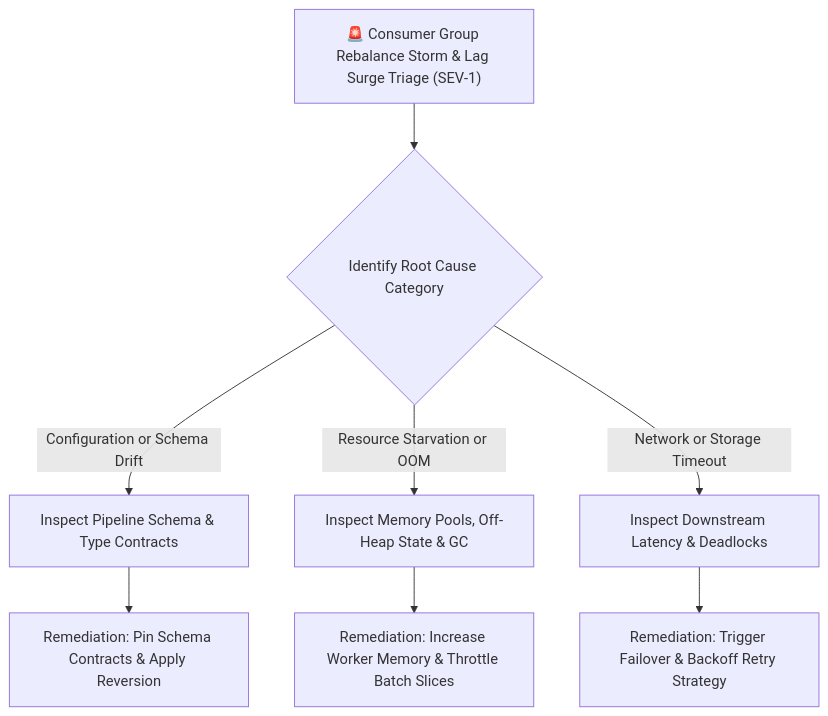
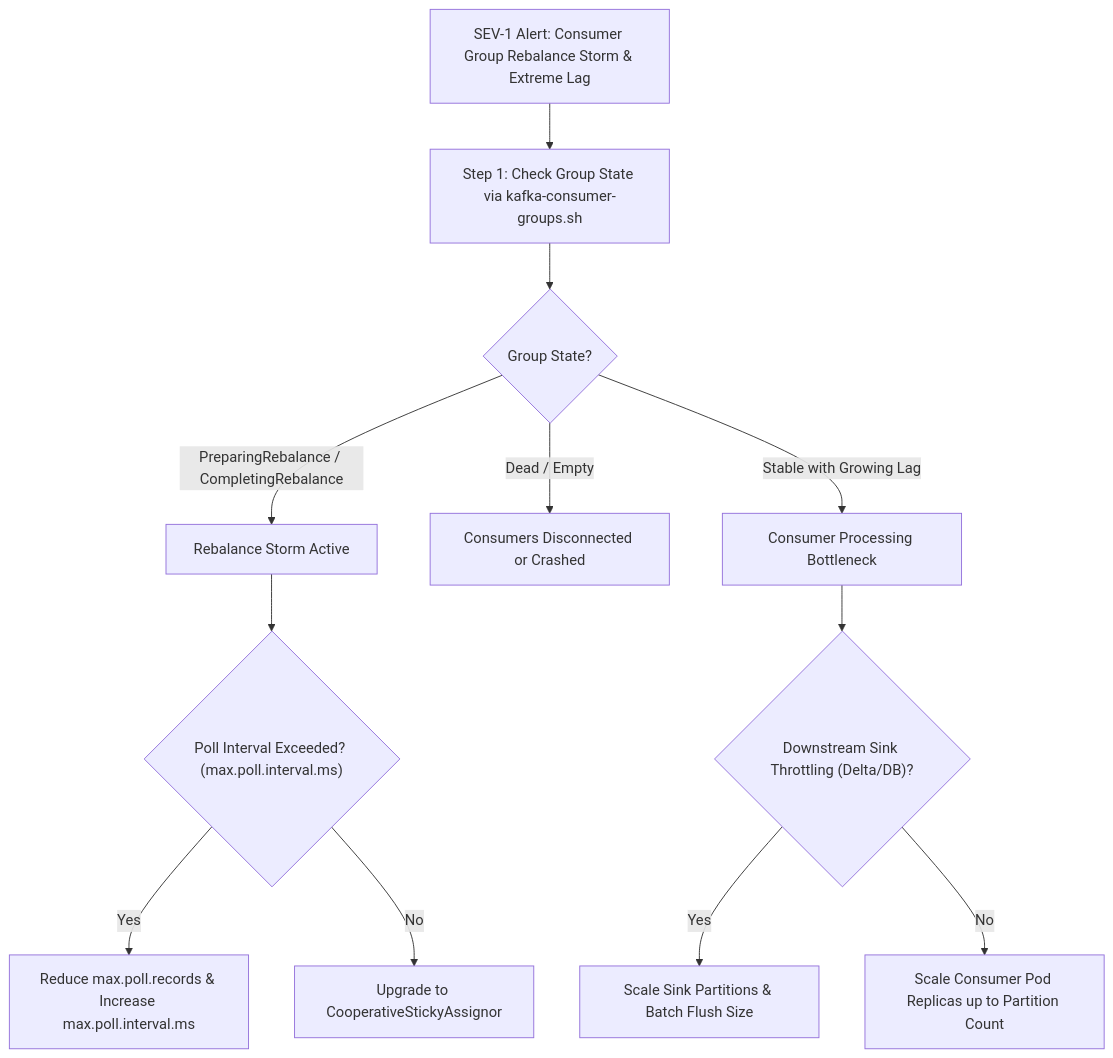
The diagram in runbooks/01_consumer_group_rebalance_storm_triage.md (santoshjammi29/streaming-handbook), drawn with Mermaid before and after one commit. The commit also changed other lines of this file and 11 other files, not shown here.

````diff
--- a/runbooks/01_consumer_group_rebalance_storm_triage.md
+++ b/runbooks/01_consumer_group_rebalance_storm_triage.md
@@ -11,12 +12,17 @@
 ```mermaid
 flowchart TD
-    Alert["🚨 Consumer Group Rebalance Storm & Lag Surge Triage (SEV-1)"] --> TriageCategory{"Identify Root Cause Category"}
+    Alert["SEV-1 Alert: Consumer Group Rebalance Storm & Extreme Lag"] --> InspectLag["Step 1: Check Group State via kafka-consumer-groups.sh"]
+    InspectLag --> StateCheck{"Group State?"}
     
-    TriageCategory -->|"Configuration or Schema Drift"| ConfigTriage["Inspect Pipeline Schema & Type Contracts"]
-    TriageCategory -->|"Resource Starvation or OOM"| ResourceTriage["Inspect Memory Pools, Off-Heap State & GC"]
-    TriageCategory -->|"Network or Storage Timeout"| NetworkTriage["Inspect Downstream Latency & Deadlocks"]
-
-    ConfigTriage --> FixConfig["Remediation: Pin Schema Contracts & Apply Reversion"]
-    ResourceTriage --> FixResource["Remediation: Increase Worker Memory & Throttle Batch Slices"]
-    NetworkTriage --> FixNetwork["Remediation: Trigger Failover & Backoff Retry Strategy"]
+    StateCheck -->|"PreparingRebalance / CompletingRebalance"| StormDetect["Rebalance Storm Active"]
+    StateCheck -->|"Dead / Empty"| DeadGroup["Consumers Disconnected or Crashed"]
+    StateCheck -->|"Stable with Growing Lag"| SlowConsumers["Consumer Processing Bottleneck"]
+    
+    StormDetect --> PollCheck{"Poll Interval Exceeded? (max.poll.interval.ms)"}
+    PollCheck -->|Yes| FixPoll["Reduce max.poll.records & Increase max.poll.interval.ms"]
+    PollCheck -->|No| StickyCheck["Upgrade to CooperativeStickyAssignor"]
+    
+    SlowConsumers --> DownstreamCheck{"Downstream Sink Throttling (Delta/DB)?"}
+    DownstreamCheck -->|Yes| SinkOptimize["Scale Sink Partitions & Batch Flush Size"]
+    DownstreamCheck -->|No| ScaleConsumers["Scale Consumer Pod Replicas up to Partition Count"]
 ```
````
